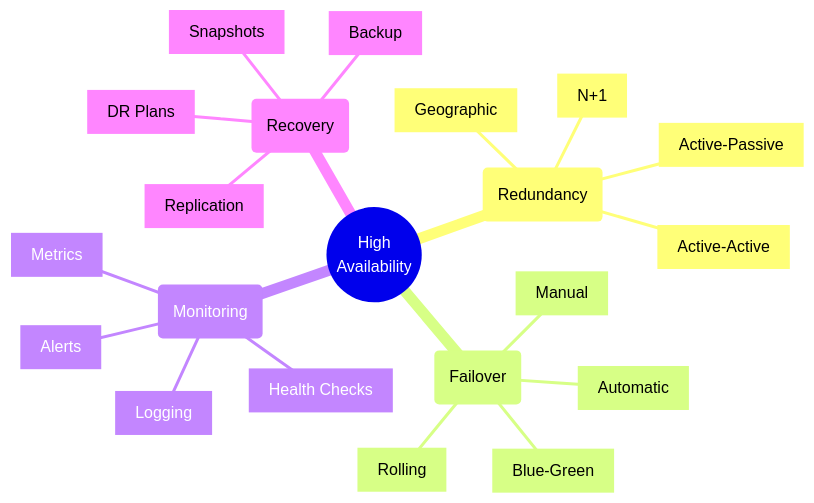
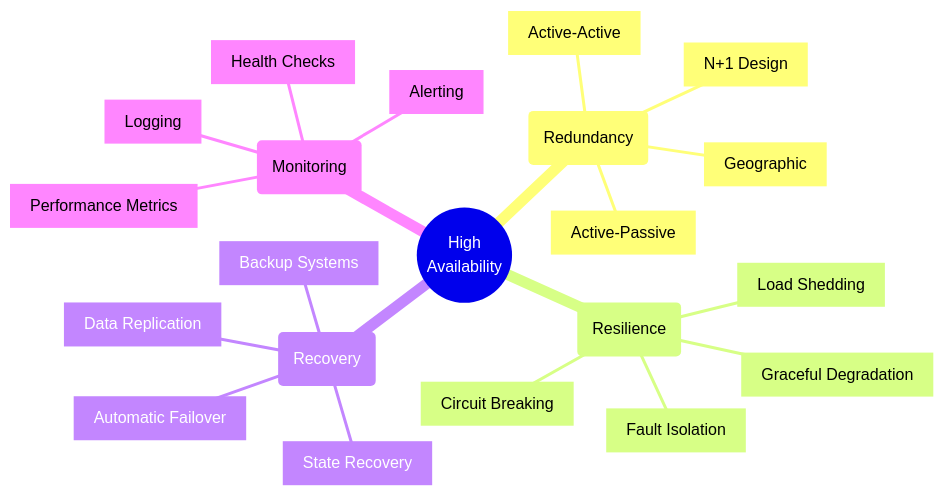
The first of 7 diagrams in src/High_Availability_Design.md (saravanakumarrc/Architecture_Journey), drawn with Mermaid before and after one commit. The commit also changed other lines of this file and 2 other files, not shown here.

Commit message:
Enhance High Availability Design documentation with core concepts, redundancy models, and recovery strategies; improve clarity and structure of monitoring and disaster recovery sections.

````diff
--- a/src/High_Availability_Design.md
+++ b/src/High_Availability_Design.md
@@ -3,25 +5,25 @@
 ```mermaid
 mindmap
     root((High
         Availability))
         (Redundancy)
             [Active-Active]
             [Active-Passive]
-            [N+1]
+            [N+1 Design]
             [Geographic]
-        (Failover)
-            [Automatic]
-            [Manual]
-            [Rolling]
-            [Blue-Green]
+        (Resilience)
+            [Fault Isolation]
+            [Circuit Breaking]
+            [Load Shedding]
+            [Graceful Degradation]
+        (Recovery)
+            [Automatic Failover]
+            [Data Replication]
+            [State Recovery]
+            [Backup Systems]
         (Monitoring)
             [Health Checks]
-            [Metrics]
-            [Alerts]
+            [Performance Metrics]
+            [Alerting]
             [Logging]
-        (Recovery)
-            [Backup]
-            [Replication]
-            [Snapshots]
-            [DR Plans]
 ```
````
